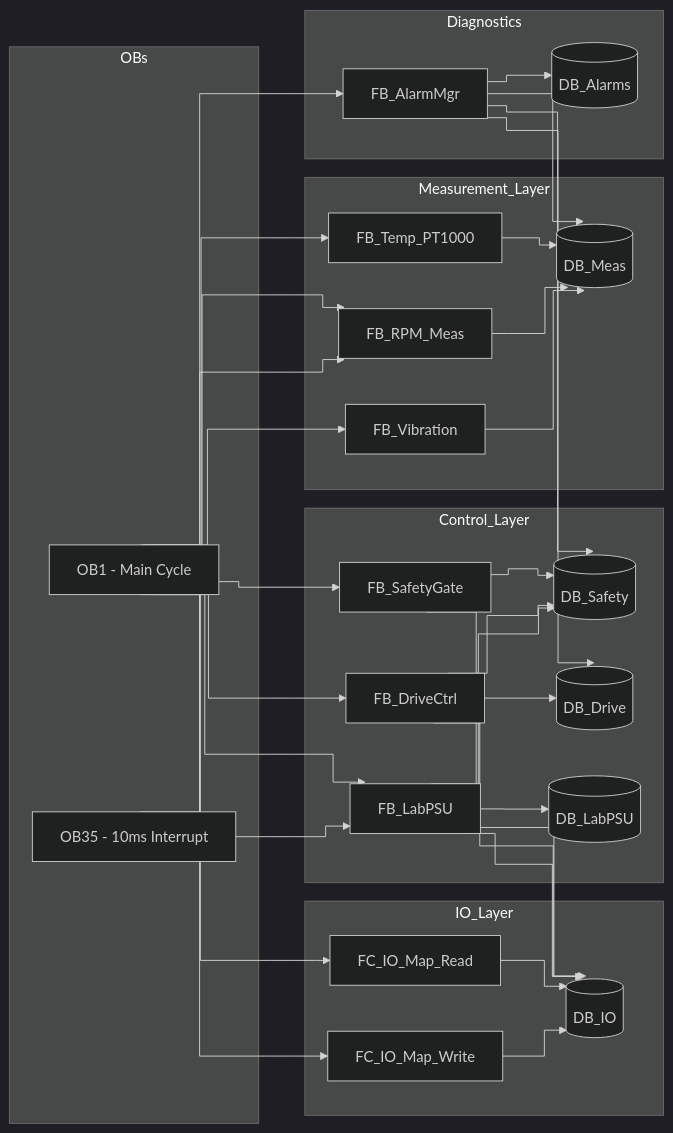
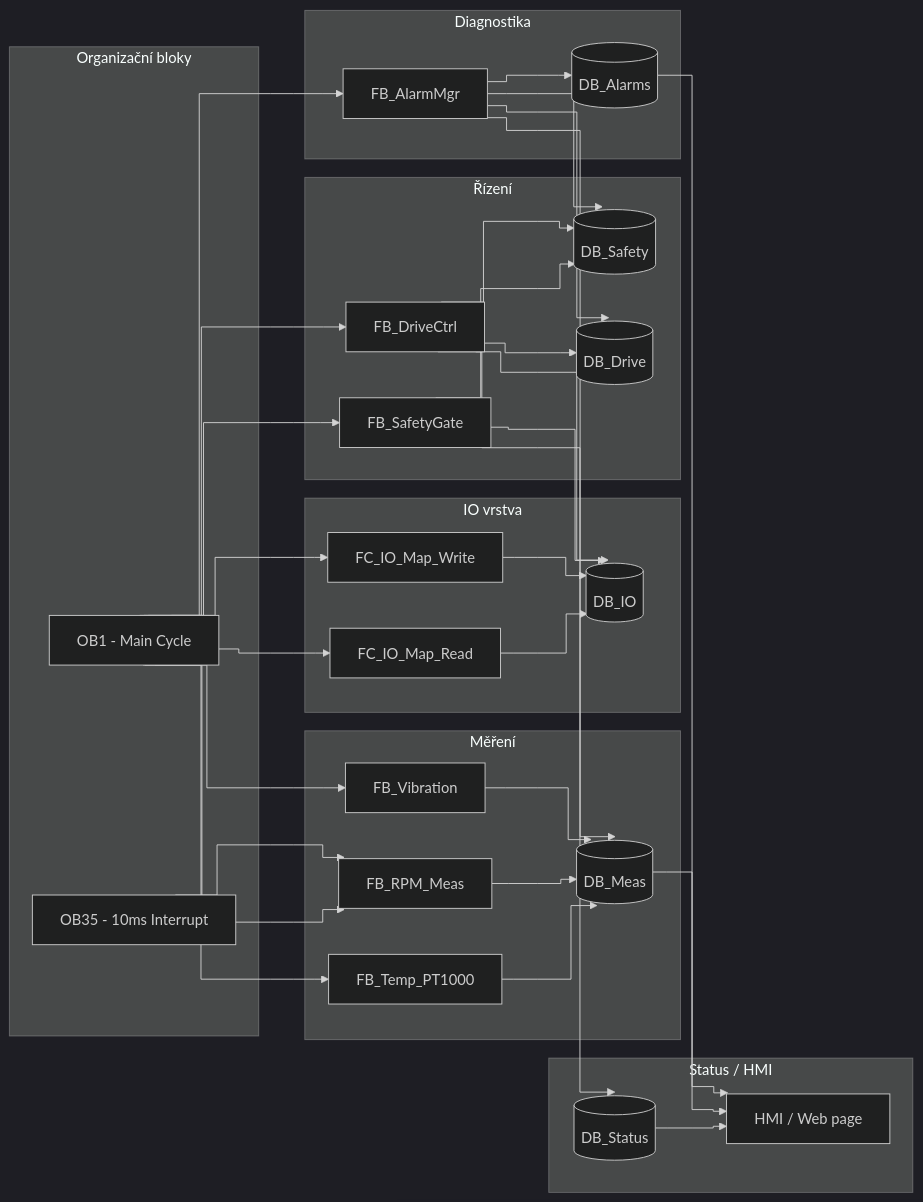
One commit to jroth-arch/vfd-spindel-plc changed the second of 2 diagrams in README.md. Above: the diagram before and after it, drawn with Mermaid (dark theme). The commit also changed other lines of this file and 13 other files, not shown here.

````diff
--- a/README.md
+++ b/README.md
@@ -173,73 +180,73 @@
 ```mermaid
 %%{init: {'flowchart': {'curve': 'step'}}}%%
 flowchart LR
 
-    subgraph OBs
-        OB1[OB1 - Main Cycle]
-        OB35[OB35 - 10ms Interrupt]
-    end
+  subgraph OBs[Organizační bloky]
+    OB1[OB1 - Main Cycle]
+    OB35[OB35 - 10ms Interrupt]
+  end
 
-    subgraph IO_Layer
-        FC_IOR[FC_IO_Map_Read]
-        FC_IOW[FC_IO_Map_Write]
-        DB_IO[(DB_IO)]
-    end
+  subgraph IO_Layer[IO vrstva]
+    FC_IOR[FC_IO_Map_Read]
+    FC_IOW[FC_IO_Map_Write]
+    DB_IO[(DB_IO)]
+  end
 
-    subgraph Control_Layer
-        FB_SG[FB_SafetyGate]
-        DB_SAF[(DB_Safety)]
-        FB_DRV[FB_DriveCtrl]
-        DB_DRV[(DB_Drive)]
-        FB_LPSU[FB_LabPSU]
-        DB_LPSU[(DB_LabPSU)]
-    end
+  subgraph Control_Layer[Řízení]
+    FB_SG[FB_SafetyGate]
+    DB_SAF[(DB_Safety)]
 
-    subgraph Measurement_Layer
-        FB_TEMP[FB_Temp_PT1000]
-        FB_RPM[FB_RPM_Meas]
-        FB_VIB[FB_Vibration]
-        DB_MEAS[(DB_Meas)]
-    end
+    FB_DRV[FB_DriveCtrl]
+    DB_DRV[(DB_Drive)]
+  end
 
-    subgraph Diagnostics
-        FB_ALM[FB_AlarmMgr]
-        DB_ALM[(DB_Alarms)]
-    end
+  subgraph Measurement_Layer[Měření]
+    FB_TEMP[FB_Temp_PT1000]
+    FB_RPM[FB_RPM_Meas]
+    FB_VIB[FB_Vibration]
+    DB_MEAS[(DB_Meas)]
+  end
 
-    OB1 --> FC_IOR
-    FC_IOR --> DB_IO
+  subgraph Status_Layer[Status / HMI]
+    DB_STATUS[(DB_Status)]
+    HMI[HMI / Web page]
+  end
 
-    OB1 --> FB_SG
-    FB_SG --> DB_SAF
-    FB_SG --> DB_IO
+  subgraph Diagnostics[Diagnostika]
+    FB_ALM[FB_AlarmMgr]
+    DB_ALM[(DB_Alarms)]
+  end
 
-    OB1 --> FB_DRV
-    FB_DRV --> DB_DRV
-    FB_DRV --> DB_IO
-    FB_DRV --> DB_SAF
+  %% OB1 flow
+  OB1 --> FC_IOR --> DB_IO
 
-    OB1 --> FB_LPSU
-    FB_LPSU --> DB_LPSU
-    FB_LPSU --> DB_IO
-    FB_LPSU --> DB_SAF
+  OB1 --> FB_SG
+  FB_SG --> DB_SAF
+  FB_SG --> DB_IO
 
-    OB1 --> FB_TEMP
-    OB1 --> FB_RPM
-    OB1 --> FB_VIB
+  OB1 --> FB_DRV
+  FB_DRV --> DB_DRV
+  FB_DRV --> DB_IO
+  FB_DRV --> DB_SAF
+  FB_DRV --> DB_STATUS
 
-    FB_TEMP --> DB_MEAS
-    FB_RPM  --> DB_MEAS
-    FB_VIB  --> DB_MEAS
+  OB1 --> FB_TEMP --> DB_MEAS
+  OB1 --> FB_RPM  --> DB_MEAS
+  OB1 --> FB_VIB  --> DB_MEAS
 
-    OB1 --> FB_ALM
-    FB_ALM --> DB_ALM
-    FB_ALM --> DB_SAF
-    FB_ALM --> DB_DRV
-    FB_ALM --> DB_MEAS
+  OB1 --> FB_ALM
+  FB_ALM --> DB_ALM
+  FB_ALM --> DB_SAF
+  FB_ALM --> DB_DRV
+  FB_ALM --> DB_MEAS
 
-    OB1 --> FC_IOW
-    FC_IOW --> DB_IO
+  OB1 --> FC_IOW --> DB_IO
 
-    OB35 --> FB_LPSU
-    OB35 --> FB_RPM
+  %% HMI reads status
+  DB_STATUS --> HMI
+  DB_MEAS --> HMI
+  DB_ALM --> HMI
+
+  %% OB35 (time critical)
+  OB35 --> FB_RPM
 ```
````
